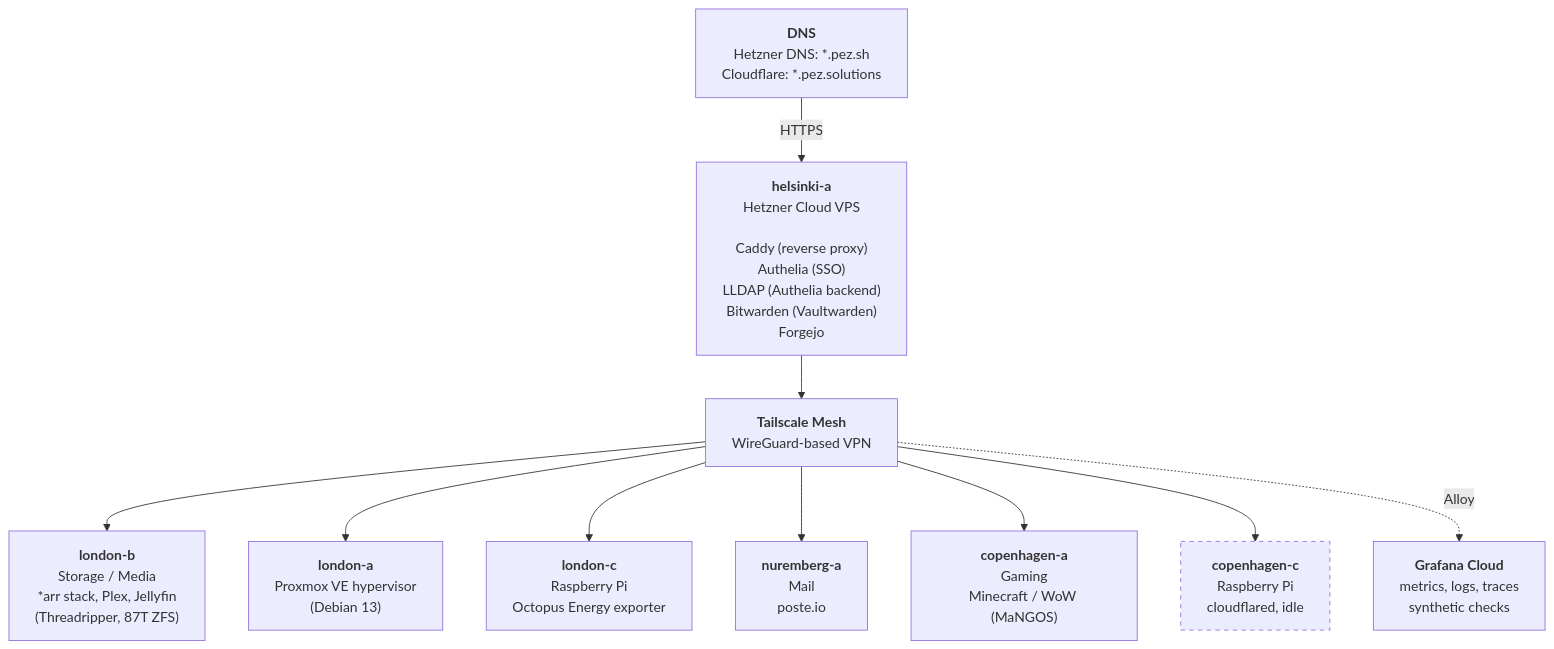
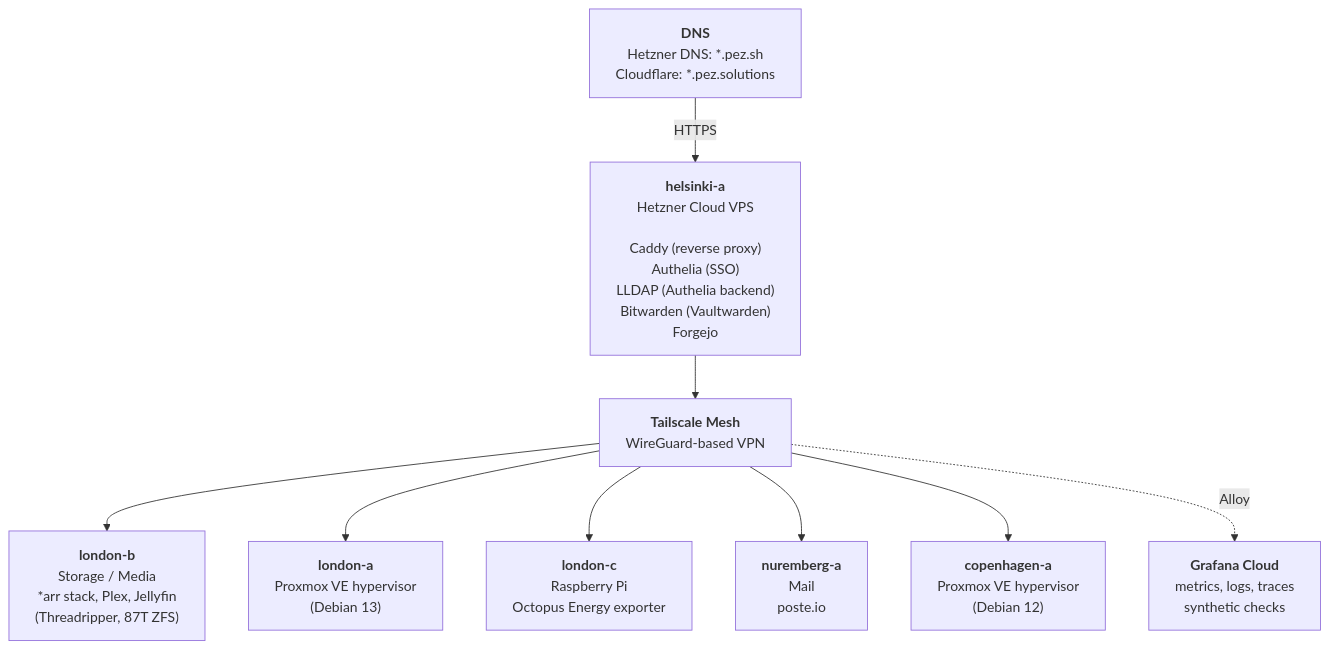
One commit to RWejlgaard/pez-infra changed the first of 3 diagrams in docs/architecture.md. Above: the diagram before and after it, drawn with Mermaid. The commit also changed 33 other files, not shown here.

````diff
--- a/docs/architecture.md
+++ b/docs/architecture.md
@@ -11,20 +11,17 @@
 ```mermaid
 graph TD
     DNS["<b>DNS</b><br/>Hetzner DNS: *.pez.sh<br/>Cloudflare: *.pez.solutions"]
     DNS -->|HTTPS| HEL
 
     HEL["<b>helsinki-a</b><br/>Hetzner Cloud VPS<br/><br/>Caddy (reverse proxy)<br/>Authelia (SSO)<br/>LLDAP (Authelia backend)<br/>Bitwarden (Vaultwarden)<br/>Forgejo"]
 
     HEL --> TS["<b>Tailscale Mesh</b><br/>WireGuard-based VPN"]
 
     TS --> LB["<b>london-b</b><br/>Storage / Media<br/>*arr stack, Plex, Jellyfin<br/>(Threadripper, 87T ZFS)"]
     TS --> LA["<b>london-a</b><br/>Proxmox VE hypervisor<br/>(Debian 13)"]
     TS --> LC["<b>london-c</b><br/>Raspberry Pi<br/>Octopus Energy exporter"]
     TS --> NA["<b>nuremberg-a</b><br/>Mail<br/>poste.io"]
-    TS --> CA["<b>copenhagen-a</b><br/>Gaming<br/>Minecraft / WoW (MaNGOS)"]
-    TS --> CC["<b>copenhagen-c</b><br/>Raspberry Pi<br/>cloudflared, idle"]
+    TS --> CA["<b>copenhagen-a</b><br/>Proxmox VE hypervisor<br/>(Debian 12)"]
 
     TS -.->|Alloy| GC["<b>Grafana Cloud</b><br/>metrics, logs, traces<br/>synthetic checks"]
-
-    style CC stroke-dasharray: 5 5
 ```
````
